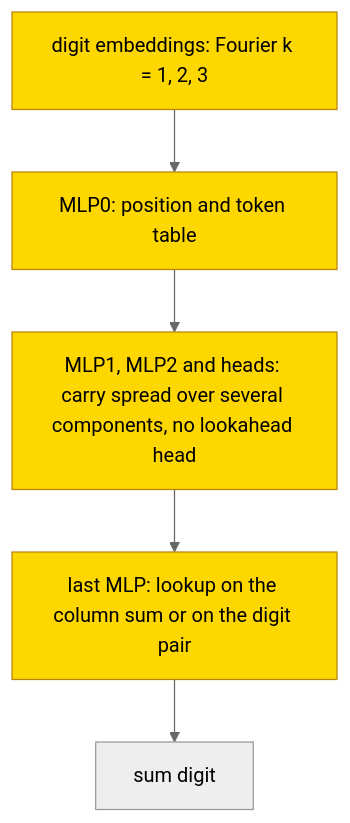
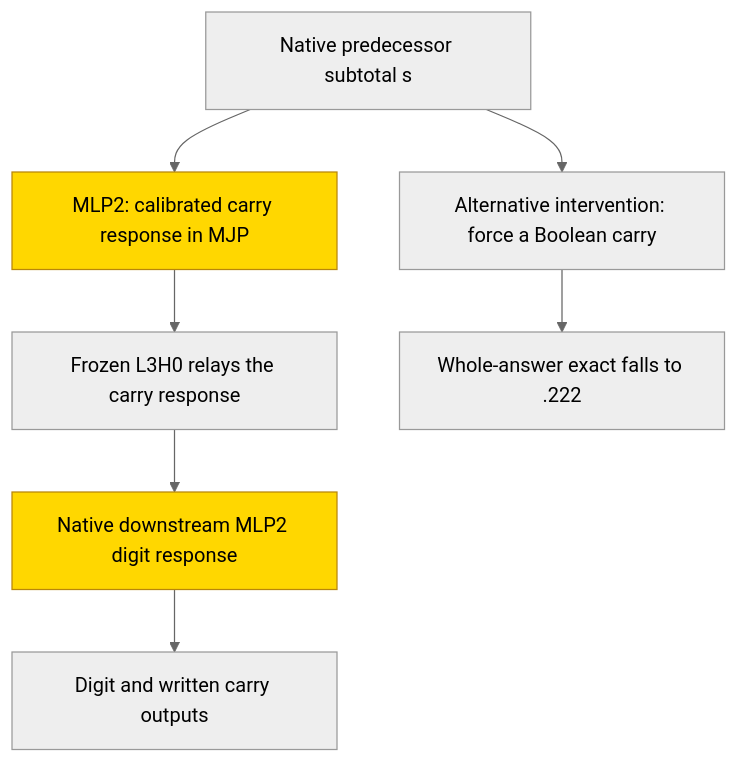
One commit to jc1122/mechanistic-interpretability-circuit-atlas changed the second of 2 diagrams in entries/decimal-hex-addition.md. Above: the diagram before and after it, drawn with Mermaid (neutral theme). The commit also changed other lines of this file and 54 other files, not shown here.

````diff
--- a/entries/decimal-hex-addition.md
+++ b/entries/decimal-hex-addition.md
@@ -224,9 +198,11 @@
 ```mermaid
 flowchart TD
-    E["digit embeddings: Fourier k = 1, 2, 3"] --> M0["MLP0: position and token table"]
-    M0 --> ST["MLP1, MLP2 and heads: carry spread over several components, no lookahead head"]
-    ST --> M3["last MLP: lookup on the column sum or on the digit pair"]
-    M3 --> Y["sum digit"]
+    S["Native predecessor subtotal s"] --> T["MLP2: calibrated carry response in MJP"]
+    T --> H["Frozen L3H0 relays the carry response"]
+    H --> M["Native downstream MLP2 digit response"]
+    M --> Y["Digit and written carry outputs"]
+    S --> B["Alternative intervention: force a Boolean carry"]
+    B --> F["Whole-answer exact falls to .222"]
     classDef trained fill:gold,stroke:darkgoldenrod,color:black
-    class E,M0,ST,M3 trained
+    class T,M trained
 ```
````
